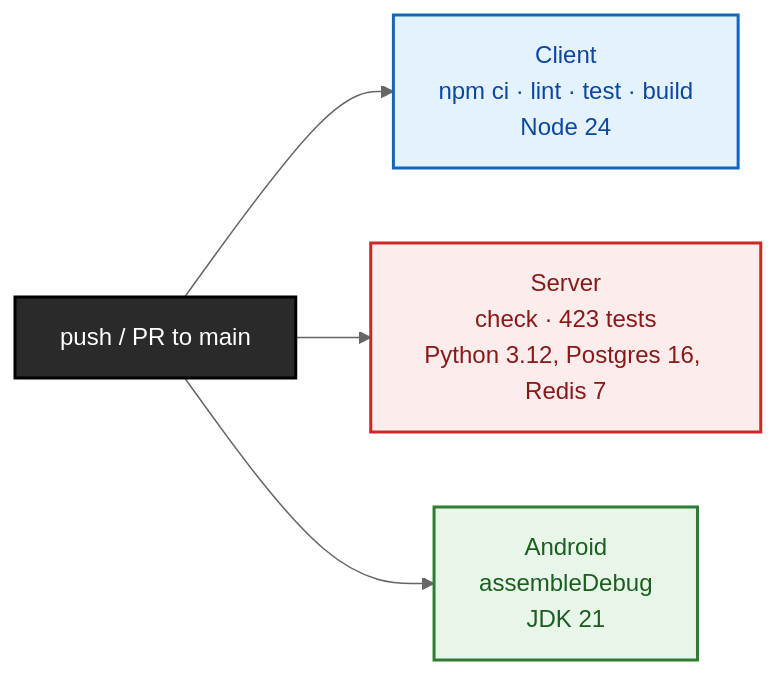
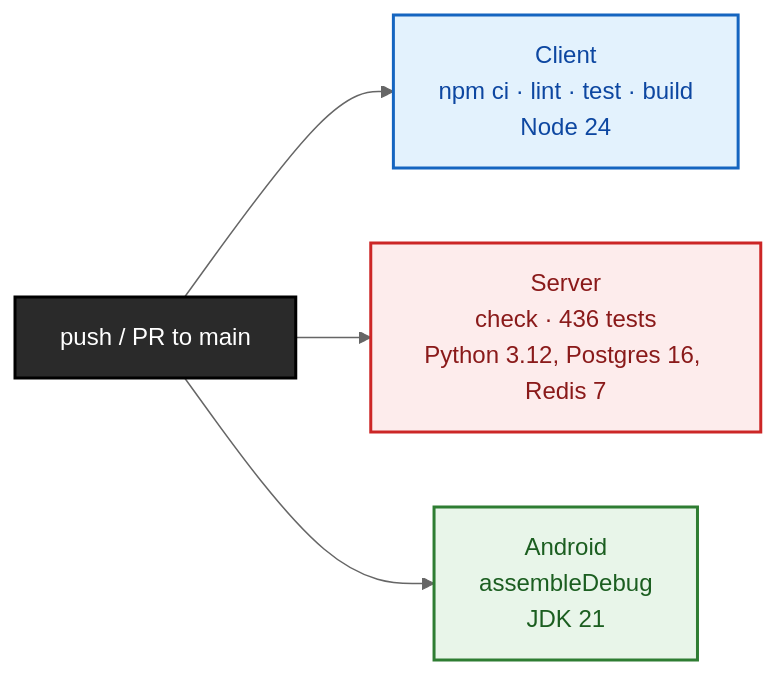
One commit to aarushchaudhary/nmpralekh changed the tenth of 10 diagrams in README.md. Above: the diagram before and after it, drawn with Mermaid (neutral theme). The commit also changed other lines of this file and 17 other files, not shown here.

````diff
--- a/README.md
+++ b/README.md
@@ -989,15 +990,15 @@
 ```mermaid
 flowchart LR
     push["push / PR to main"] --> c["Client<br/>npm ci · lint · test · build<br/>Node 24"]
-    push --> s["Server<br/>check · 423 tests<br/>Python 3.12, Postgres 16, Redis 7"]
+    push --> s["Server<br/>check · 436 tests<br/>Python 3.12, Postgres 16, Redis 7"]
     push --> a["Android<br/>assembleDebug<br/>JDK 21"]
 
     classDef p fill:#2A2A2A,stroke:#000,color:#fff,stroke-width:2px
     classDef cc fill:#E3F2FD,stroke:#1565C0,color:#0D47A1,stroke-width:2px
     classDef ss fill:#FDECEC,stroke:#CC2626,color:#8A1A1A,stroke-width:2px
     classDef aa fill:#E8F5E9,stroke:#2E7D32,color:#1B5E20,stroke-width:2px
     class push p
     class c cc
     class s ss
     class a aa
 ```
````
